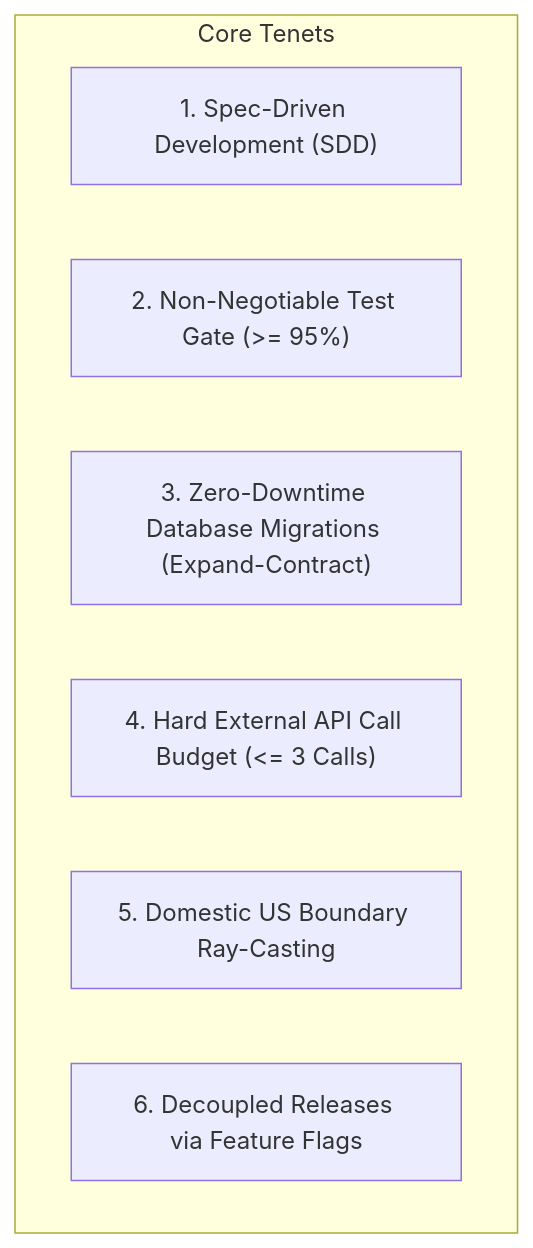
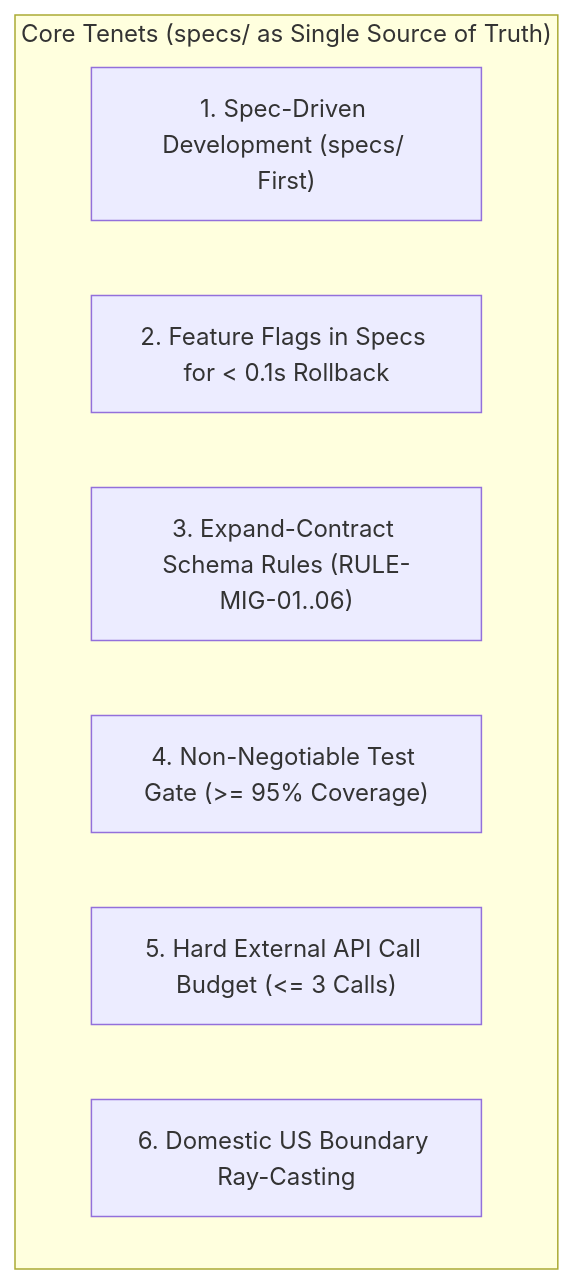
The first of 2 diagrams in specs/09-developer-rules-and-system-integrity.md (aldian/fuel-route-optimizer), drawn with Mermaid before and after one commit. The commit also changed other lines of this file and 6 other files, not shown here.

Commit message:
Establish specs directory as single source of truth for SDD, feature flags, and safe rollback schema rules

````diff
--- a/specs/09-developer-rules-and-system-integrity.md
+++ b/specs/09-developer-rules-and-system-integrity.md
@@ -13,11 +19,11 @@
 ```mermaid
 flowchart TD
-    subgraph CoreTenets ["Core Tenets"]
-        T1["1. Spec-Driven Development (SDD)"]
-        T2["2. Non-Negotiable Test Gate (>= 95%)"]
-        T3["3. Zero-Downtime Database Migrations (Expand-Contract)"]
-        T4["4. Hard External API Call Budget (<= 3 Calls)"]
-        T5["5. Domestic US Boundary Ray-Casting"]
-        T6["6. Decoupled Releases via Feature Flags"]
+    subgraph CoreTenets ["Core Tenets (specs/ as Single Source of Truth)"]
+        T1["1. Spec-Driven Development (specs/ First)"]
+        T2["2. Feature Flags in Specs for < 0.1s Rollback"]
+        T3["3. Expand-Contract Schema Rules (RULE-MIG-01..06)"]
+        T4["4. Non-Negotiable Test Gate (>= 95% Coverage)"]
+        T5["5. Hard External API Call Budget (<= 3 Calls)"]
+        T6["6. Domestic US Boundary Ray-Casting"]
     end
 ```
````
